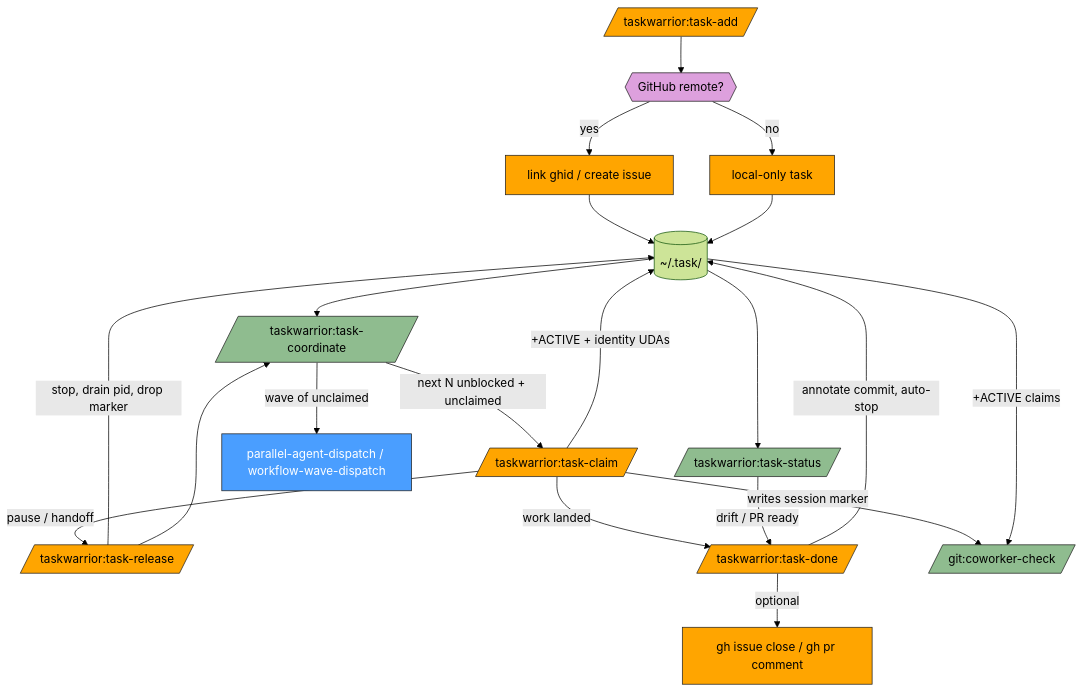
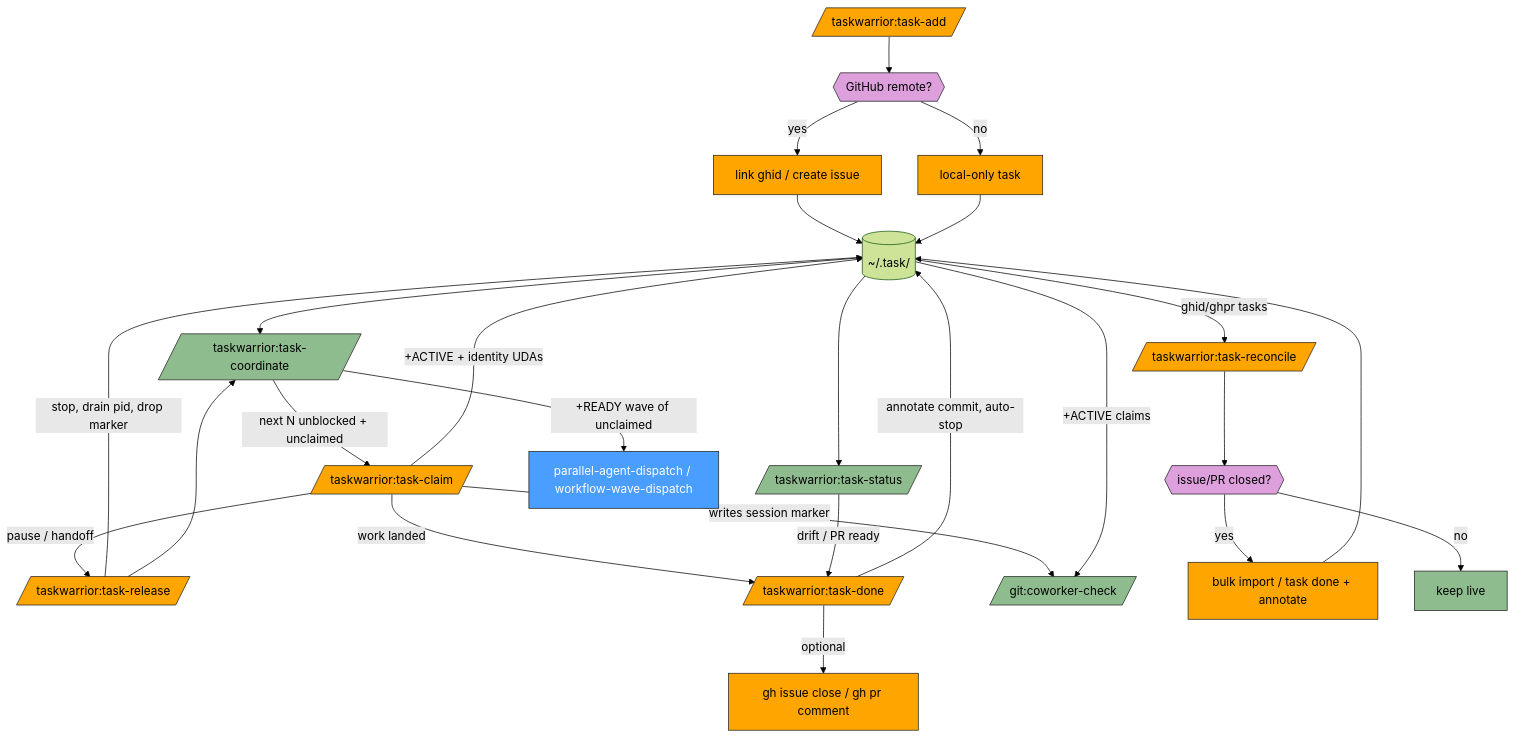
Before and after one commit to laurigates/claude-plugins: the diagram in taskwarrior-plugin/docs/flow.md, drawn with Mermaid (forest theme). The commit also changed other lines of this file and 19 other files, not shown here.

First line of the commit message:
feat(taskwarrior-plugin): reconcile issue/PR drift, adopt native scheduling, dedup shared logic

````diff
--- a/taskwarrior-plugin/docs/flow.md
+++ b/taskwarrior-plugin/docs/flow.md
@@ -5,43 +5,51 @@
 ```mermaid
 flowchart TD
     ADD[/taskwarrior:task-add/]:::fix
     STATUS[/taskwarrior:task-status/]:::check
     COORD[/taskwarrior:task-coordinate/]:::check
     CLAIM[/taskwarrior:task-claim/]:::fix
     RELEASE[/taskwarrior:task-release/]:::fix
     DONE[/taskwarrior:task-done/]:::fix
+    RECONCILE[/taskwarrior:task-reconcile/]:::fix
 
     GH{{GitHub remote?}}:::prompt
     STORE[(~/.task/)]
     COWORKER[/git:coworker-check/]:::check
 
     ADD --> GH
     GH -->|yes| GHISSUE[link ghid / create issue]:::fix
     GH -->|no| LOCAL[local-only task]:::fix
     GHISSUE --> STORE
     LOCAL --> STORE
 
     STORE --> STATUS
     STORE --> COORD
     COORD -->|next N unblocked + unclaimed| CLAIM
     CLAIM -->|+ACTIVE + identity UDAs| STORE
     CLAIM -->|writes session marker| COWORKER
 
     STORE -->|+ACTIVE claims| COWORKER
 
     CLAIM -->|pause / handoff| RELEASE
     RELEASE -->|stop, drain pid, drop marker| STORE
     RELEASE --> COORD
 
     CLAIM -->|work landed| DONE
     STATUS -->|drift / PR ready| DONE
     DONE -->|annotate commit, auto-stop| STORE
     DONE -->|optional| CLOSEGH[gh issue close / gh pr comment]:::fix
 
-    COORD -->|wave of unclaimed| DISPATCH[parallel-agent-dispatch / workflow-wave-dispatch]:::router
+    STORE -->|ghid/ghpr tasks| RECONCILE
+    GHSTATE{{issue/PR closed?}}:::prompt
+    RECONCILE --> GHSTATE
+    GHSTATE -->|yes| RCLOSE[bulk import / task done + annotate]:::fix
+    GHSTATE -->|no| RKEEP[keep live]:::check
+    RCLOSE --> STORE
+
+    COORD -->|+READY wave of unclaimed| DISPATCH[parallel-agent-dispatch / workflow-wave-dispatch]:::router
 
     classDef router fill:#4a9eff,stroke:#222,color:#fff
     classDef check fill:#8fbc8f,stroke:#222,color:#000
     classDef fix fill:#ffa500,stroke:#222,color:#000
     classDef prompt fill:#dda0dd,stroke:#222,color:#000
 ```
````
